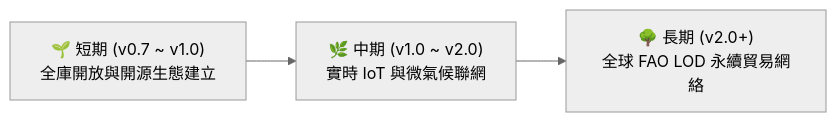
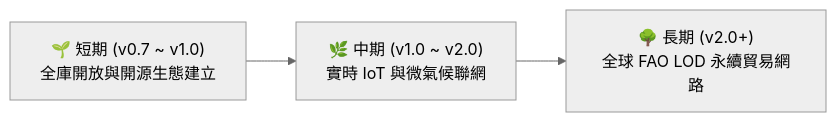
The diagram in book/06_future_roadmap.md (wuulong/tw-agro-db), drawn with Mermaid (neutral theme) before and after one commit. The commit also changed other lines of this file and 34 other files, not shown here.

````diff
--- a/book/06_future_roadmap.md
+++ b/book/06_future_roadmap.md
@@ -14,8 +14,8 @@
 ```mermaid
 flowchart LR
     Phase1["🌱 短期 (v0.7 ~ v1.0)<br/>全庫開放與開源生態建立"]
     Phase2["🌿 中期 (v1.0 ~ v2.0)<br/>實時 IoT 與微氣候聯網"]
-    Phase3["🌳 長期 (v2.0+)<br/>全球 FAO LOD 永續貿易網絡"]
+    Phase3["🌳 長期 (v2.0+)<br/>全球 FAO LOD 永續貿易網路"]
 
     Phase1 --> Phase2 --> Phase3
 ```
````
